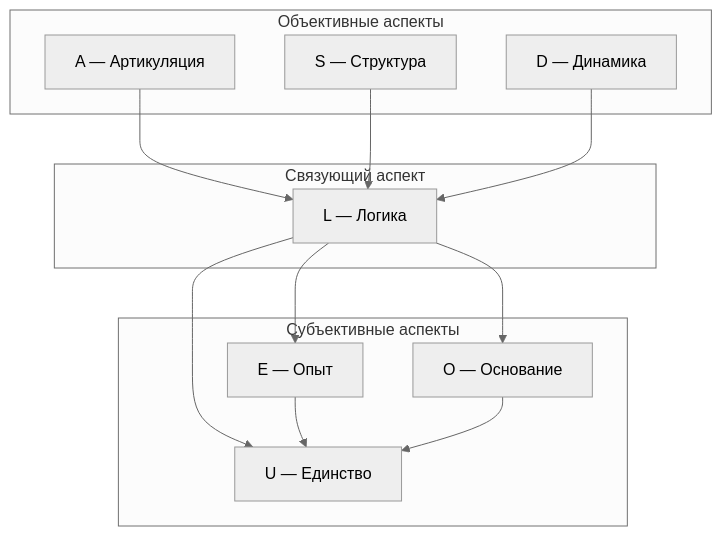
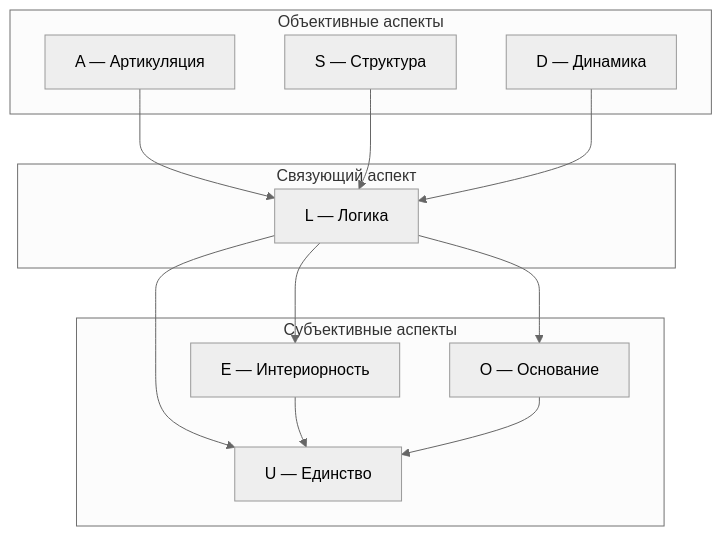
One commit to uhm-theory/holon changed the second of 2 diagrams in website/docs/core/structure/dimensions.md. Above: the diagram before and after it, drawn with Mermaid (neutral theme). The commit also changed other lines of this file and 44 other files, not shown here.

````diff
--- a/website/docs/core/structure/dimensions.md
+++ b/website/docs/core/structure/dimensions.md
@@ -183,25 +183,25 @@
 ```mermaid
 graph TD
     subgraph "Объективные аспекты"
         A["A — Артикуляция"]
         S["S — Структура"]
         D["D — Динамика"]
     end
     subgraph "Субъективные аспекты"
-        E["E — Опыт"]
+        E["E — Интериорность"]
         O["O — Основание"]
         U["U — Единство"]
     end
     subgraph "Связующий аспект"
         L["L — Логика"]
     end
 
     A --> L
     S --> L
     D --> L
     L --> E
     L --> O
     L --> U
     E --> U
     O --> U
 ```
````
